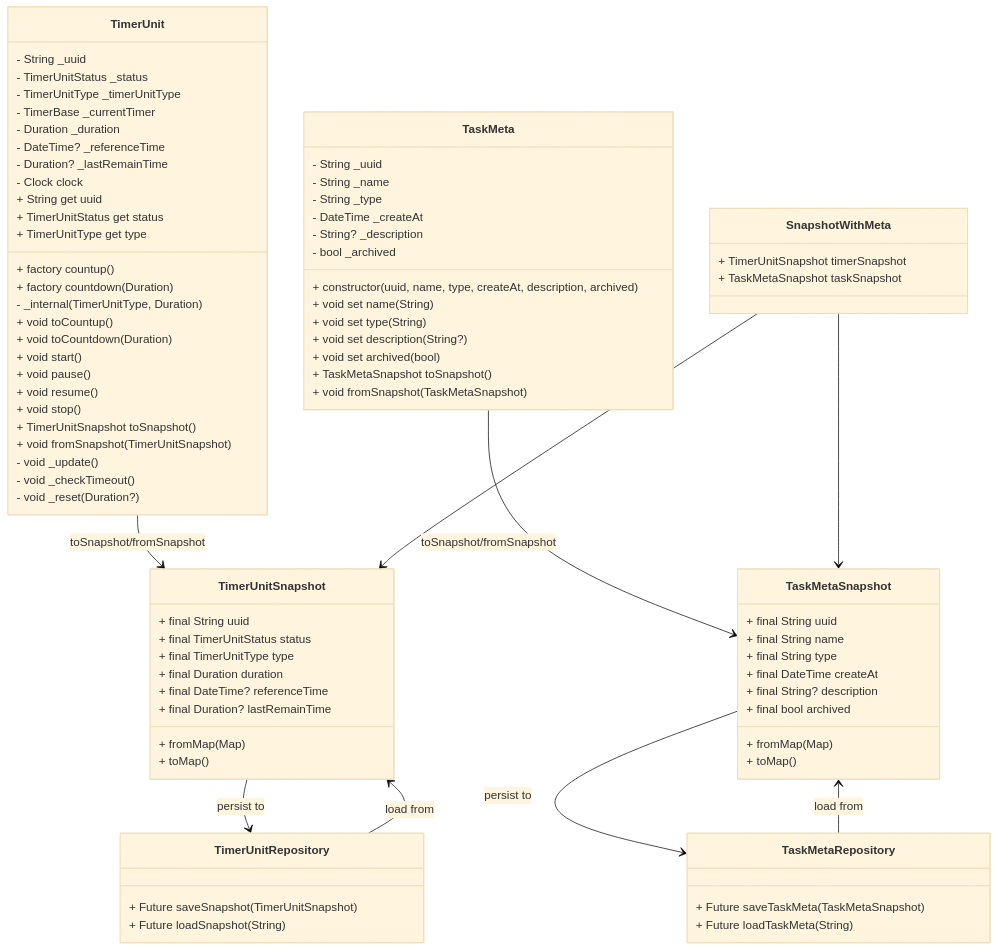
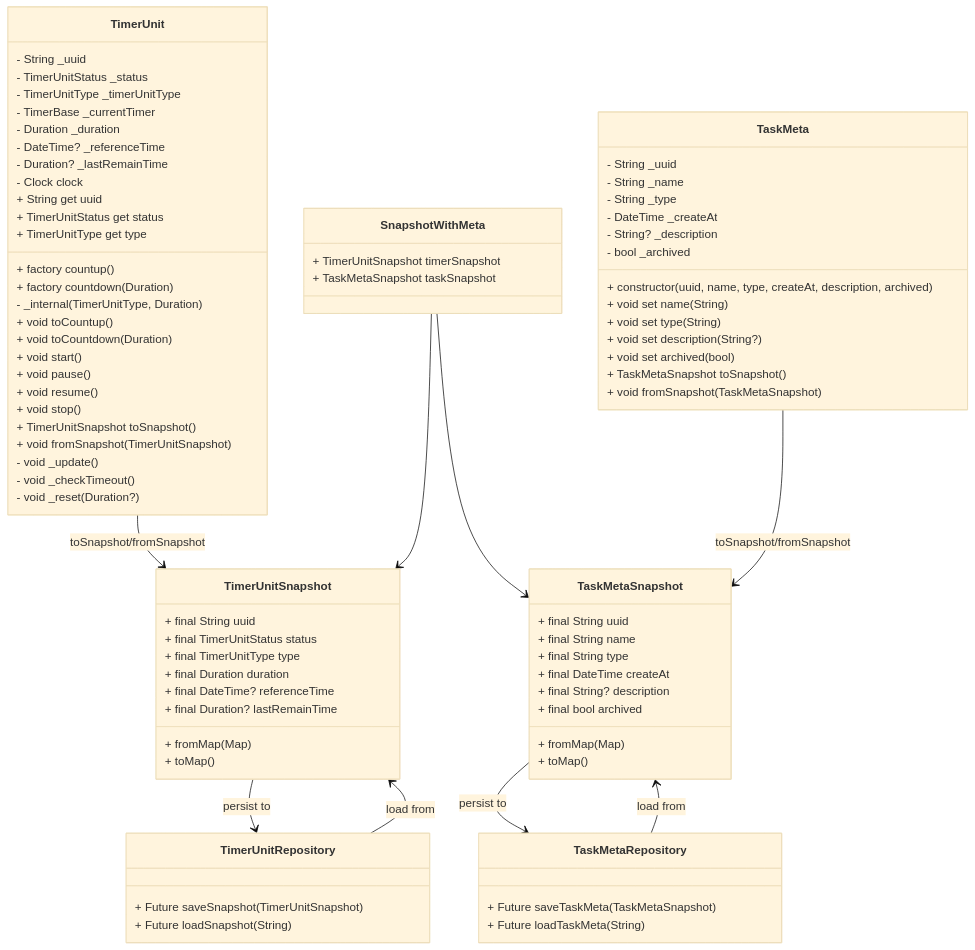
One commit to Weichky/Existimer changed the diagram in potato_task/README.md. Above: the diagram before and after it, drawn with Mermaid (base theme).

Commit message:
调整了UML图中SnapshotWithMeta类的位置

````diff
--- a/potato_task/README.md
+++ b/potato_task/README.md
@@ -131,6 +131,9 @@
     }
 
     %% Relationships
+    SnapshotWithMeta --> TimerUnitSnapshot
+    SnapshotWithMeta --> TaskMetaSnapshot
+    
     TimerUnit --> TimerUnitSnapshot : toSnapshot/fromSnapshot
     TaskMeta --> TaskMetaSnapshot : toSnapshot/fromSnapshot
 
@@ -139,7 +142,4 @@
 
     TaskMetaSnapshot --> TaskMetaRepository : persist to
     TaskMetaRepository --> TaskMetaSnapshot : load from
-
-    SnapshotWithMeta --> TimerUnitSnapshot
-    SnapshotWithMeta --> TaskMetaSnapshot
 ```
````
